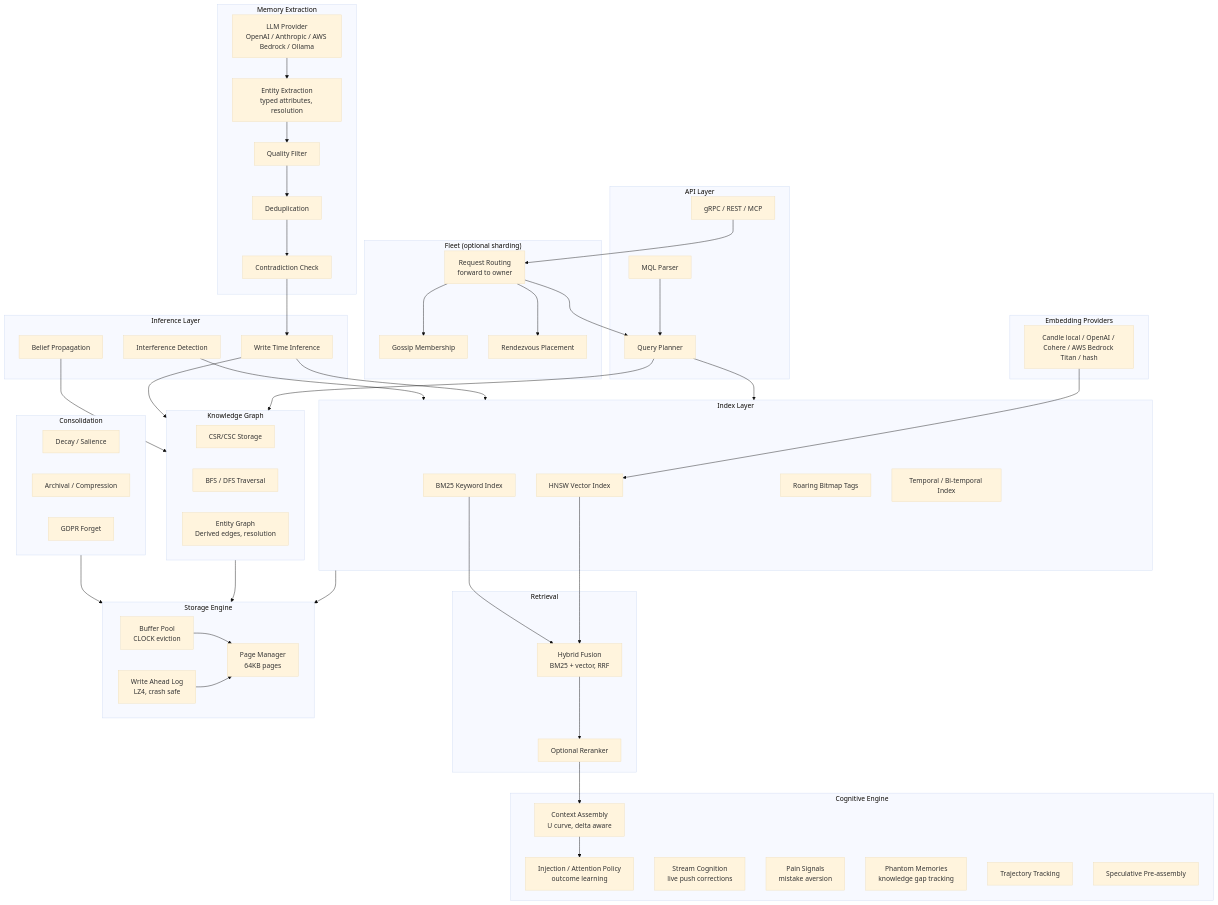
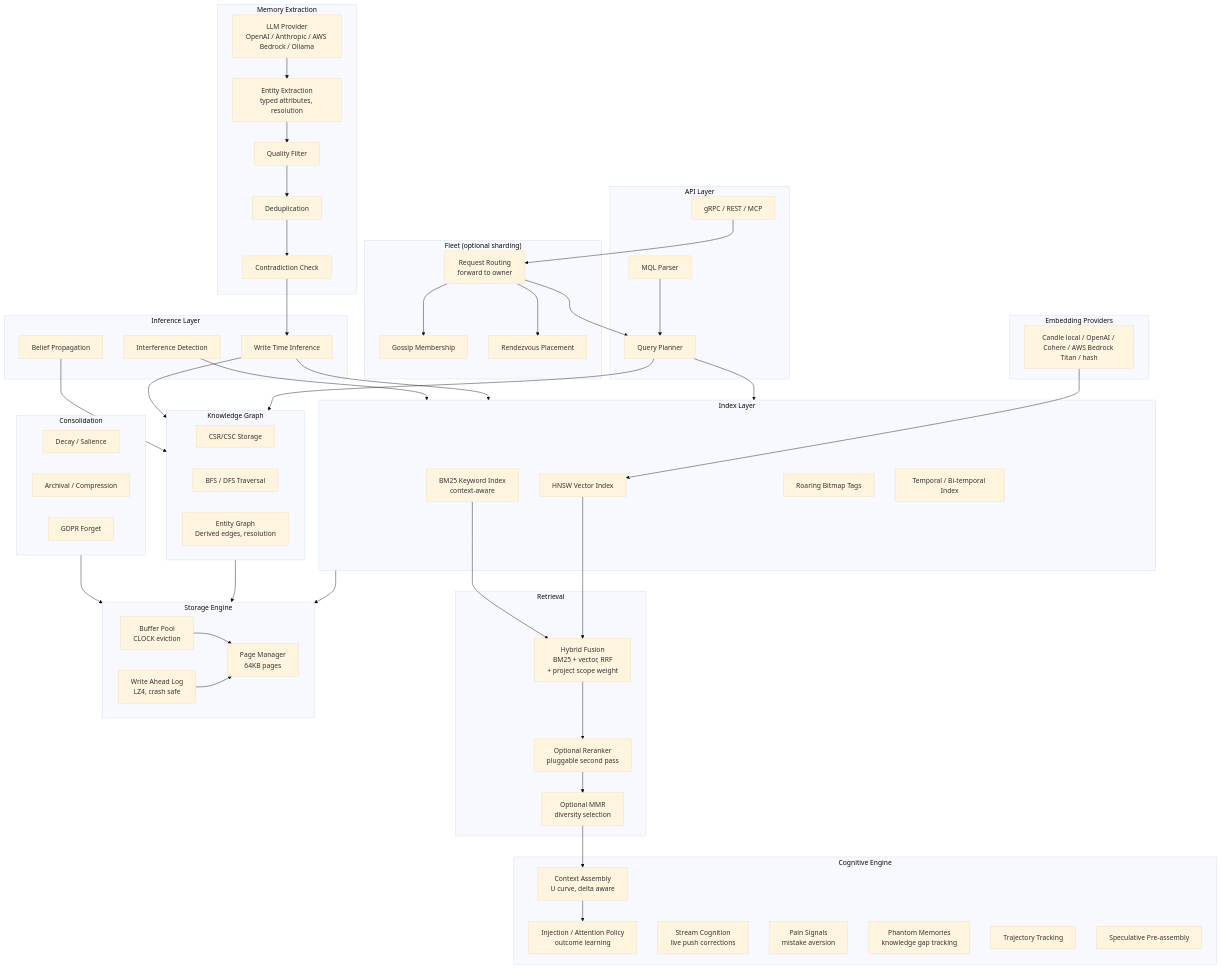
One commit to nambok/mentedb changed the diagram in README.md. Above: the diagram before and after it, drawn with Mermaid (base theme). The commit also changed other lines of this file and 2 other files, not shown here.

Commit message:
docs: document reranker, MMR, contextual retrieval, and scope weighting; add e2e retrieval test
Adds an end-to-end retrieval_stack integration test that exercises the contextual-retrieval hook, MMR diversity, the pluggable reranker, and project scope weighting together against a real embedder and the full hybrid path. Updates the README feature list and architecture diagram, and the ARCHITECTURE.md index/retrieval section (which omitted BM25 and had a stale scoring formula), to describe the current pipeline: RRF fusion, decay-blended salience, optional scope weighting, optional reranker, optional MMR.

```diff
--- a/README.md
+++ b/README.md
@@ -383,8 +385,9 @@
     end
 
     subgraph Retrieval["Retrieval"]
-        HYB["Hybrid Fusion<br/>BM25 + vector, RRF"]
-        RERANK["Optional Reranker"]
+        HYB["Hybrid Fusion<br/>BM25 + vector, RRF<br/>+ project scope weight"]
+        RERANK["Optional Reranker<br/>pluggable second pass"]
+        MMR["Optional MMR<br/>diversity selection"]
     end
 
     subgraph Cognitive["Cognitive Engine"]
@@ -405,7 +408,7 @@
 
     subgraph Index["Index Layer"]
         HNSW["HNSW Vector Index"]
-        BM25["BM25 Keyword Index"]
+        BM25["BM25 Keyword Index<br/>context-aware"]
         ROAR["Roaring Bitmap Tags"]
         TEMP["Temporal / Bi-temporal Index"]
     end
@@ -442,7 +445,8 @@
     HNSW --> HYB
     BM25 --> HYB
     HYB --> RERANK
-    RERANK --> CTX
+    RERANK --> MMR
+    MMR --> CTX
     CTX --> INJ
 
     WI --> Graph
```
